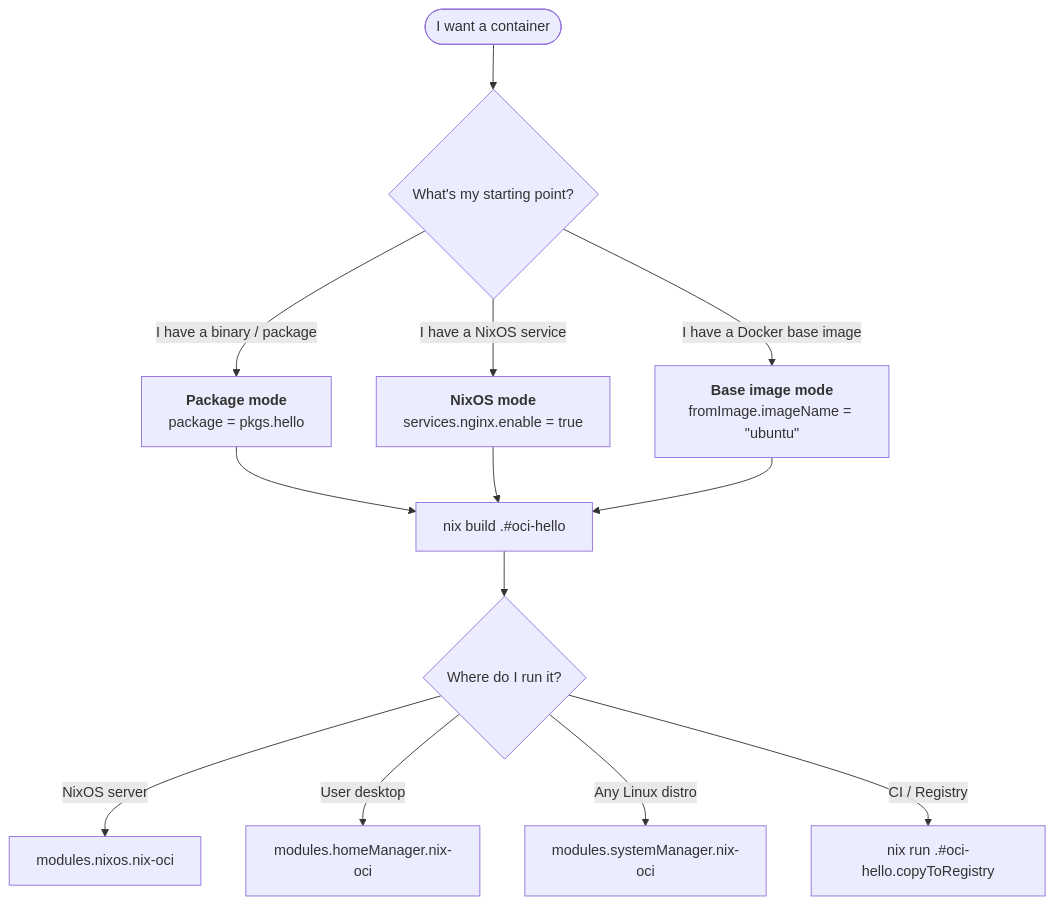
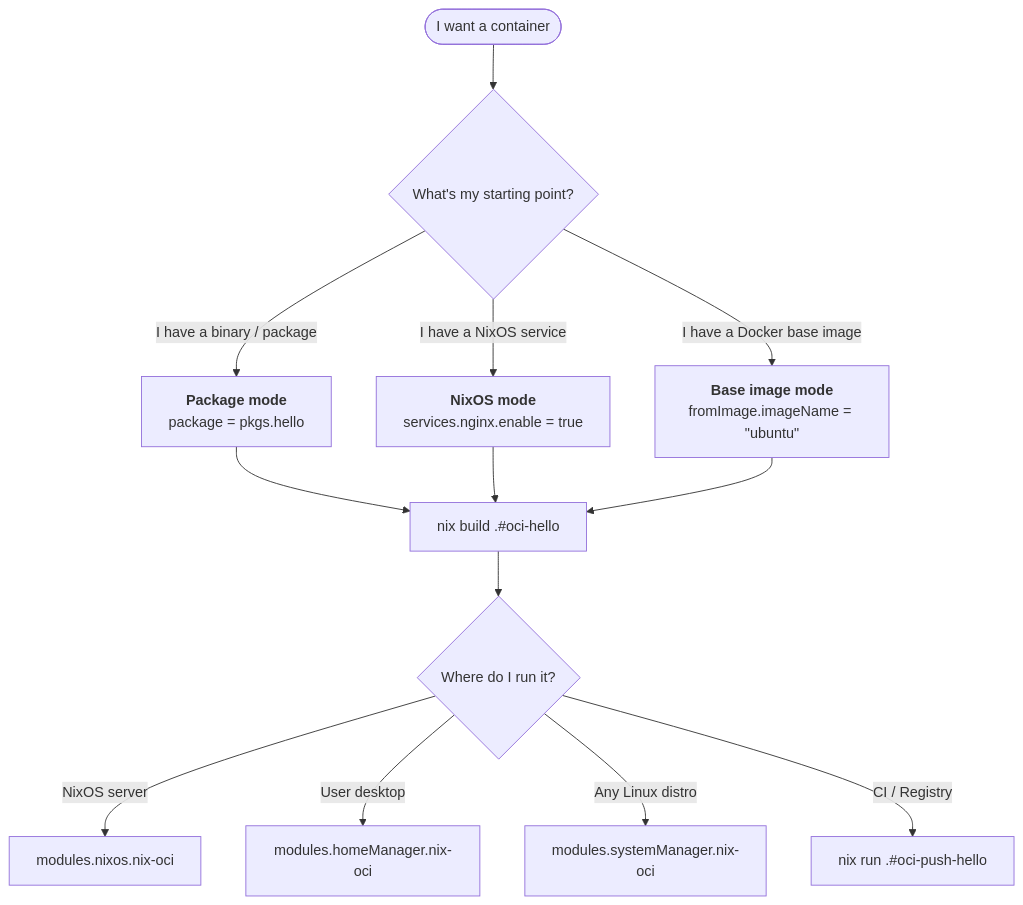
Before and after one commit to Dauliac/nix-oci: the second of 3 diagrams in README.md, drawn with Mermaid. The commit also changed 6 other files, not shown here.

First line of the commit message:
docs: replace stale .copyToPodman API with oci-load-podman-* apps (fix #7)

````diff
--- a/README.md
+++ b/README.md
@@ -20,18 +20,18 @@
 ```mermaid
 flowchart TD
     START(["I want a container"]) --> Q1{"What's my starting point?"}
 
     Q1 -->|"I have a binary / package"| PATH1["<b>Package mode</b><br/>package = pkgs.hello"]
     Q1 -->|"I have a NixOS service"| PATH2["<b>NixOS mode</b><br/>services.nginx.enable = true"]
     Q1 -->|"I have a Docker base image"| PATH3["<b>Base image mode</b><br/>fromImage.imageName = &quot;ubuntu&quot;"]
 
     PATH1 --> BUILD["nix build .#oci-hello"]
     PATH2 --> BUILD
     PATH3 --> BUILD
 
     BUILD --> DEPLOY{"Where do I run it?"}
     DEPLOY -->|"NixOS server"| D1["modules.nixos.nix-oci"]
     DEPLOY -->|"User desktop"| D2["modules.homeManager.nix-oci"]
     DEPLOY -->|"Any Linux distro"| D3["modules.systemManager.nix-oci"]
-    DEPLOY -->|"CI / Registry"| D4["nix run .#oci-hello.copyToRegistry"]
+    DEPLOY -->|"CI / Registry"| D4["nix run .#oci-push-hello"]
 ```
````
